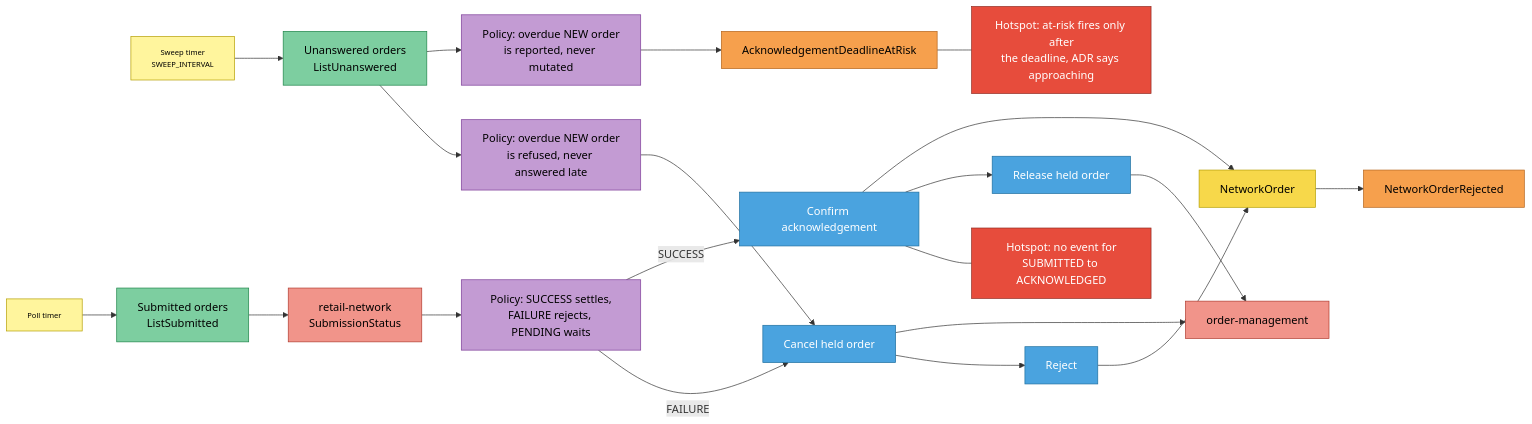
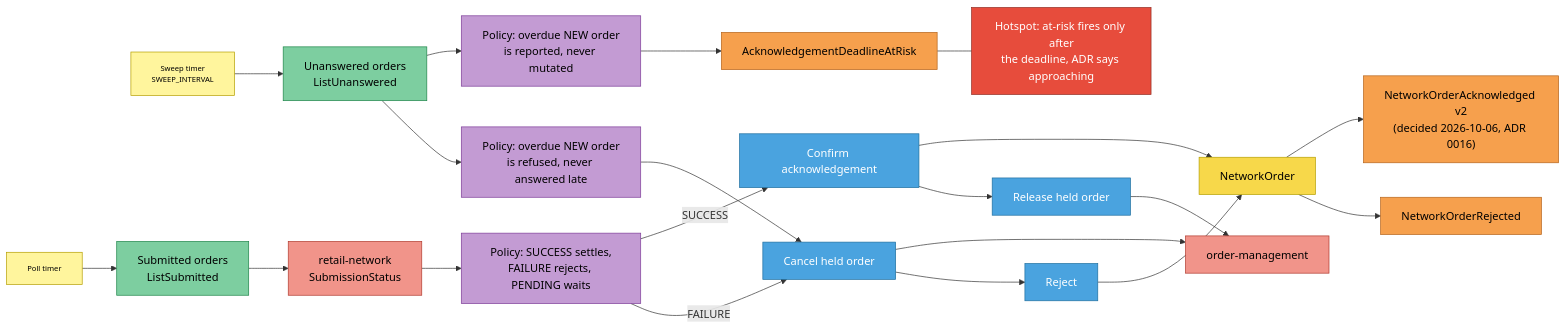
The third of 5 diagrams in docs/contexts/network-fulfillment/eventstorming.md (IQVO/warehouse-docs), drawn with Mermaid before and after one commit. The commit also changed other lines of this file and 318 other files, not shown here.

````diff
--- a/docs/contexts/network-fulfillment/eventstorming.md
+++ b/docs/contexts/network-fulfillment/eventstorming.md
@@ -106,50 +104,50 @@
 ```mermaid
 flowchart LR
     T1["Poll timer"]:::actor
     T2["Sweep timer<br/>SWEEP_INTERVAL"]:::actor
     RM1["Submitted orders<br/>ListSubmitted"]:::readmodel
     RM2["Unanswered orders<br/>ListUnanswered"]:::readmodel
     NW["retail-network<br/>SubmissionStatus"]:::external
     POL1["Policy: SUCCESS settles,<br/>FAILURE rejects, PENDING waits"]:::policy
     C1["Confirm acknowledgement"]:::command
     C2["Release held order"]:::command
     C3["Cancel held order"]:::command
     C4["Reject"]:::command
     G1["NetworkOrder"]:::aggregate
     E3["NetworkOrderRejected"]:::event
+    E5["NetworkOrderAcknowledged v2<br/>(decided 2026-10-06, ADR 0016)"]:::event
     POL2["Policy: overdue NEW order<br/>is reported, never mutated"]:::policy
     E4["AcknowledgementDeadlineAtRisk"]:::event
     POL3["Policy: overdue NEW order<br/>is refused, never answered late"]:::policy
     OM["order-management"]:::external
-    H3["Hotspot: no event for<br/>SUBMITTED to ACKNOWLEDGED"]:::hotspot
     H5["Hotspot: at-risk fires only after<br/>the deadline, ADR says approaching"]:::hotspot
 
     T1 --> RM1
     RM1 --> NW
     NW --> POL1
     POL1 -->|SUCCESS| C1
     C1 --> G1
+    G1 --> E5
     C1 --> C2
     C2 --> OM
     POL1 -->|FAILURE| C3
     C3 --> OM
     C3 --> C4
     C4 --> G1
     G1 --> E3
     T2 --> RM2
     RM2 --> POL2
     POL2 --> E4
     RM2 --> POL3
     POL3 --> C3
-    C1 --- H3
     E4 --- H5
 
     classDef actor fill:#fff59d,stroke:#b59f00,color:#000,font-size:11px
     classDef command fill:#4aa3df,stroke:#1f6f9f,color:#fff
     classDef aggregate fill:#f7d84a,stroke:#b59f00,color:#000
     classDef event fill:#f6a04d,stroke:#b5651d,color:#000
     classDef policy fill:#c39bd3,stroke:#7d3c98,color:#000
     classDef readmodel fill:#7dcea0,stroke:#1e8449,color:#000
     classDef external fill:#f1948a,stroke:#b03a2e,color:#000
     classDef hotspot fill:#e74c3c,stroke:#922b21,color:#fff
 ```
````
